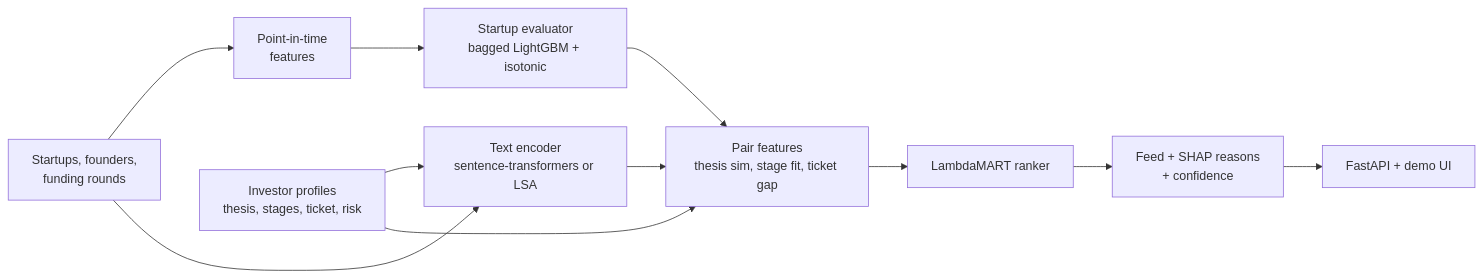
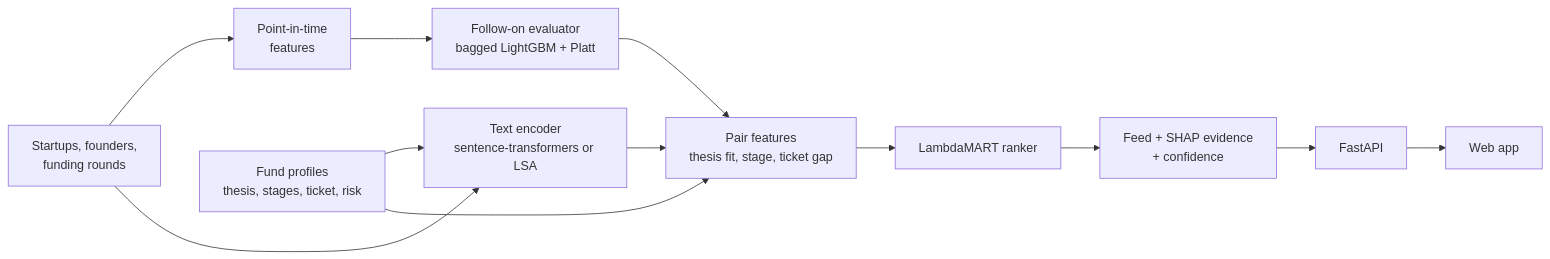
Before and after one commit to RebekahZx/Start-Invest: the diagram in README.md, drawn with Mermaid. The commit also changed other lines of this file and 36 other files, not shown here.

First line of the commit message:
Rebrand to Start-Invest; deal-flow desk UI, Docker, CI, model card

````diff
--- a/README.md
+++ b/README.md
@@ -11,13 +28,13 @@
 ```mermaid
 flowchart LR
   A[Startups, founders,<br/>funding rounds] --> B[Point-in-time<br/>features]
-  B --> C[Startup evaluator<br/>bagged LightGBM + isotonic]
+  B --> C[Follow-on evaluator<br/>bagged LightGBM + Platt]
   A --> D[Text encoder<br/>sentence-transformers or LSA]
-  I[Investor profiles<br/>thesis, stages, ticket, risk] --> D
-  I --> E[Pair features<br/>thesis sim, stage fit, ticket gap]
+  I[Fund profiles<br/>thesis, stages, ticket, risk] --> D
+  I --> E[Pair features<br/>thesis fit, stage, ticket gap]
   C --> E
   D --> E
   E --> F[LambdaMART ranker]
-  F --> G[Feed + SHAP reasons<br/>+ confidence]
-  G --> H[FastAPI + demo UI]
+  F --> G[Feed + SHAP evidence<br/>+ confidence]
+  G --> H[FastAPI] --> W[Web app]
 ```
````
